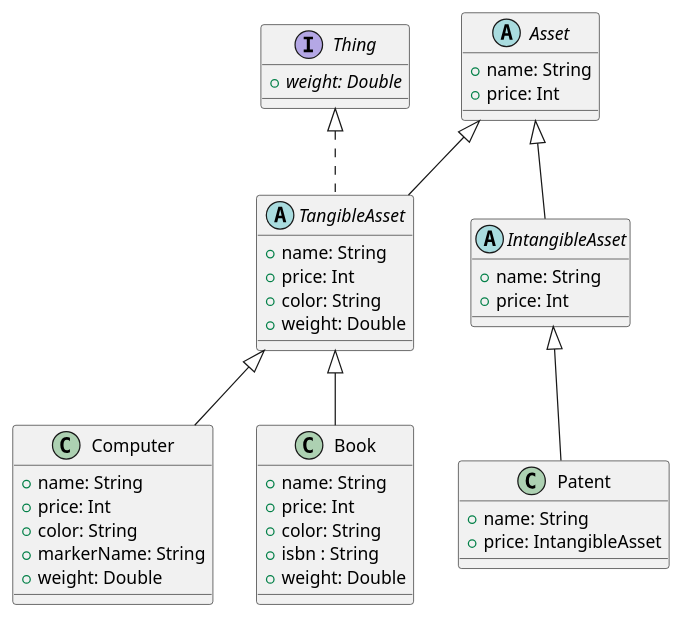
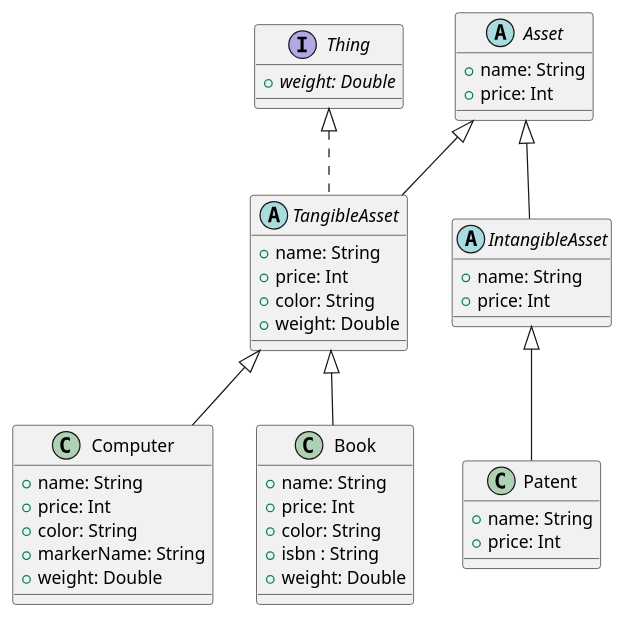
Before and after one commit to SurvivalCodingCampus/gangnam2_kotlin_study: the diagram in docs/Asset.puml, drawn with PlantUML. The commit also changed 1 other file, not shown here.

Commit message:
feat: Asset 데이터 타입 오류 해결

```diff
--- a/docs/Asset.puml
+++ b/docs/Asset.puml
@@ -1,44 +1,44 @@
 @startuml
 'https://plantuml.com/class-diagram
 abstract class Asset {
     + name: String
     + price: Int
 }
 
 interface Thing {
     + {abstract} weight: Double
 }
 
 abstract class TangibleAsset extends Asset implements Thing {
     + name: String
     + price: Int
     + color: String
     + weight: Double
 }
 
 class Computer extends TangibleAsset {
     + name: String
     + price: Int
     + color: String
     + markerName: String
     + weight: Double
 }
 
 class Book extends TangibleAsset {
     + name: String
     + price: Int
     + color: String
     + isbn : String
     + weight: Double
 }
 
 abstract class IntangibleAsset extends Asset{
     + name: String
     + price: Int
 }
 
 class Patent extends IntangibleAsset {
     + name: String
-    + price: IntangibleAsset
+    + price: Int
 }
 @enduml
```
